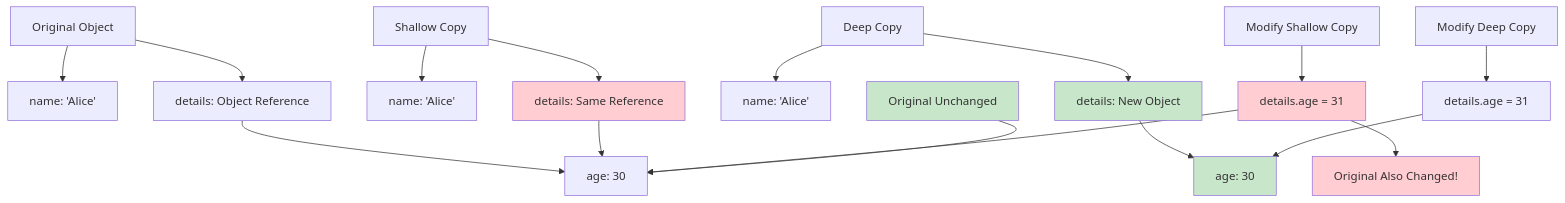
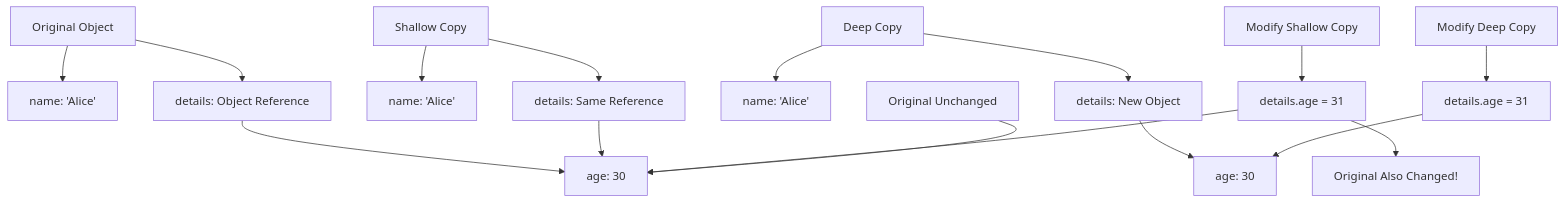
The first of 2 diagrams in public/api/articles/structuredClone.md (shapkarin/shapkarin.me), drawn with Mermaid before and after one commit. The commit also changed other lines of this file and 67 other files, not shown here.

````diff
--- a/public/api/articles/structuredClone.md
+++ b/public/api/articles/structuredClone.md
@@ -27,29 +31,22 @@
 ```mermaid
 graph TD
     A[Original Object] --> B[name: 'Alice']
     A --> C[details: Object Reference]
     C --> D[age: 30]
     
     E[Shallow Copy] --> F[name: 'Alice']
     E --> G[details: Same Reference]
     G --> D
     
     H[Deep Copy] --> I[name: 'Alice']
     H --> J[details: New Object]
     J --> K[age: 30]
     
     L[Modify Shallow Copy] --> M[details.age = 31]
     M --> D
     M --> N[Original Also Changed!]
     
     O[Modify Deep Copy] --> P[details.age = 31]
     P --> K
     Q[Original Unchanged] --> D
-    
-    style G fill:#ffcdd2
-    style M fill:#ffcdd2
-    style N fill:#ffcdd2
-    style J fill:#c8e6c9
-    style K fill:#c8e6c9
-    style Q fill:#c8e6c9
 ```
````
